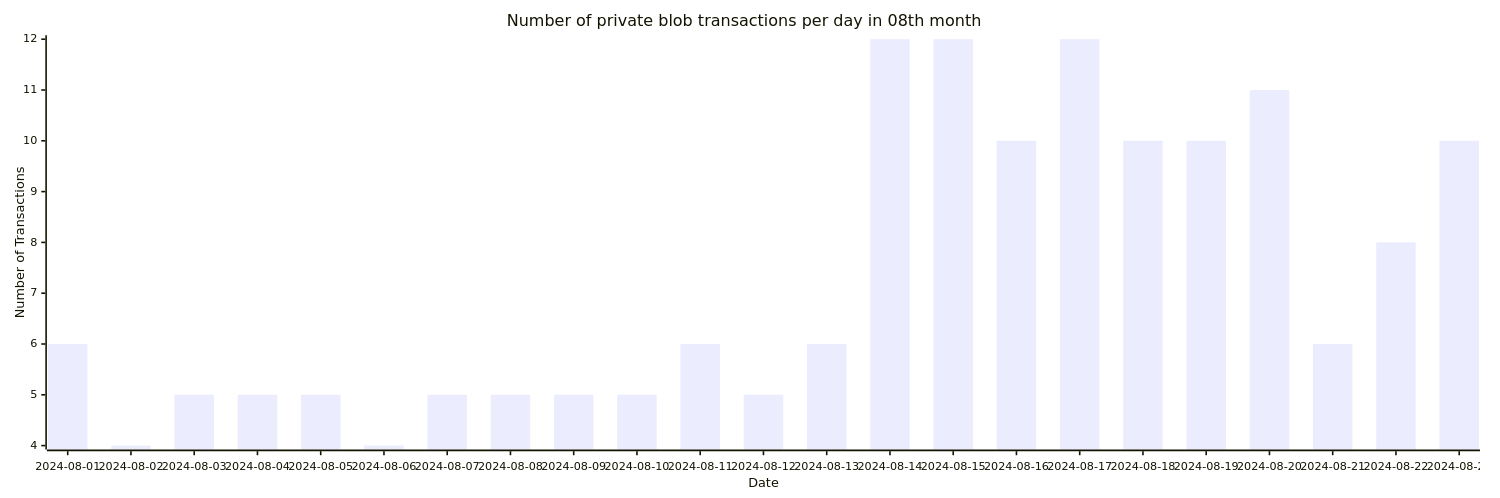
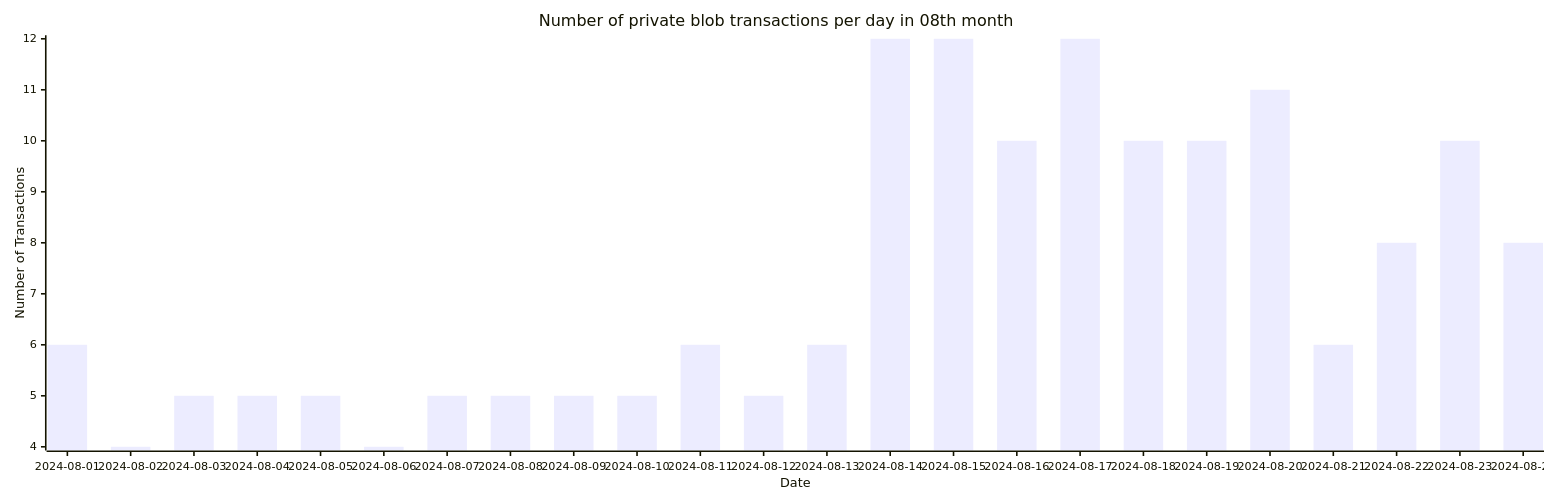
Before and after one commit to Amit0617/eip4844-data: the sixth of 6 diagrams in README.md, drawn with Mermaid. The commit also changed 1 other file, not shown here.

````diff
--- a/README.md
+++ b/README.md
@@ -66,12 +66,12 @@
 ```mermaid
 ---
 config:
     xyChart:
-        width: 1840
+        width: 1920
         height: 600
 ---
 xychart-beta title "Number of private blob transactions per day in 08th month"
-x-axis "Date" [2024-08-01,2024-08-02,2024-08-03,2024-08-04,2024-08-05,2024-08-06,2024-08-07,2024-08-08,2024-08-09,2024-08-10,2024-08-11,2024-08-12,2024-08-13,2024-08-14,2024-08-15,2024-08-16,2024-08-17,2024-08-18,2024-08-19,2024-08-20,2024-08-21,2024-08-22,2024-08-23]
+x-axis "Date" [2024-08-01,2024-08-02,2024-08-03,2024-08-04,2024-08-05,2024-08-06,2024-08-07,2024-08-08,2024-08-09,2024-08-10,2024-08-11,2024-08-12,2024-08-13,2024-08-14,2024-08-15,2024-08-16,2024-08-17,2024-08-18,2024-08-19,2024-08-20,2024-08-21,2024-08-22,2024-08-23,2024-08-24]
 y-axis "Number of Transactions"
-bar[6,4,5,5,5,4,5,5,5,5,6,5,6,12,12,10,12,10,10,11,6,8,10]
+bar[6,4,5,5,5,4,5,5,5,5,6,5,6,12,12,10,12,10,10,11,6,8,10,8]
 ```
````
